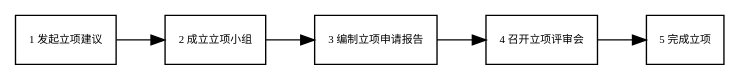
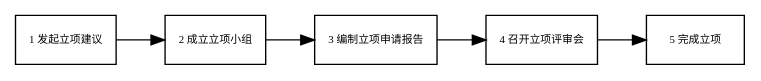
One commit to cruiurc/cruiurc.github.io changed the diagram in source/work/lp/asset/立项流程.rst. Above: the diagram before and after it, drawn with Graphviz. The commit also changed 1 other file, not shown here.

```diff
--- a/source/work/lp/asset/立项流程.rst
+++ b/source/work/lp/asset/立项流程.rst
@@ -42,13 +42,13 @@
 .. graphviz::
 
     digraph 立项{
       {
-        发起立项建议 [shape=box fontsize=8 label="1 发起立项建议"];
-        成立立项小组 [shape=box fontsize=8 label="2 成立立项小组"];
-        编制立项申请报告 [shape=box fontsize=8 label="3 编制立项申请报告"];
-        召开立项评审会 [shape=box fontsize=8 label="4 召开立项评审会"];
-        完成立项 [shape=box fontsize=8 label="5 完成立项"];
+        发起立项建议 [shape=box fontsize=8 width=1 label="1 发起立项建议"];
+        成立立项小组 [shape=box fontsize=8 width=1 label="2 成立立项小组"];
+        编制立项申请报告 [shape=box fontsize=8 width=1 label="3 编制立项申请报告"];
+        召开立项评审会 [shape=box fontsize=8 width=1 label="4 召开立项评审会"];
+        完成立项 [shape=box fontsize=8 width=1 label="5 完成立项"];
       }
         rankdir="LR"
         发起立项建议 -> 成立立项小组 -> 编制立项申请报告 -> 召开立项评审会 -> 完成立项;
     }
```
